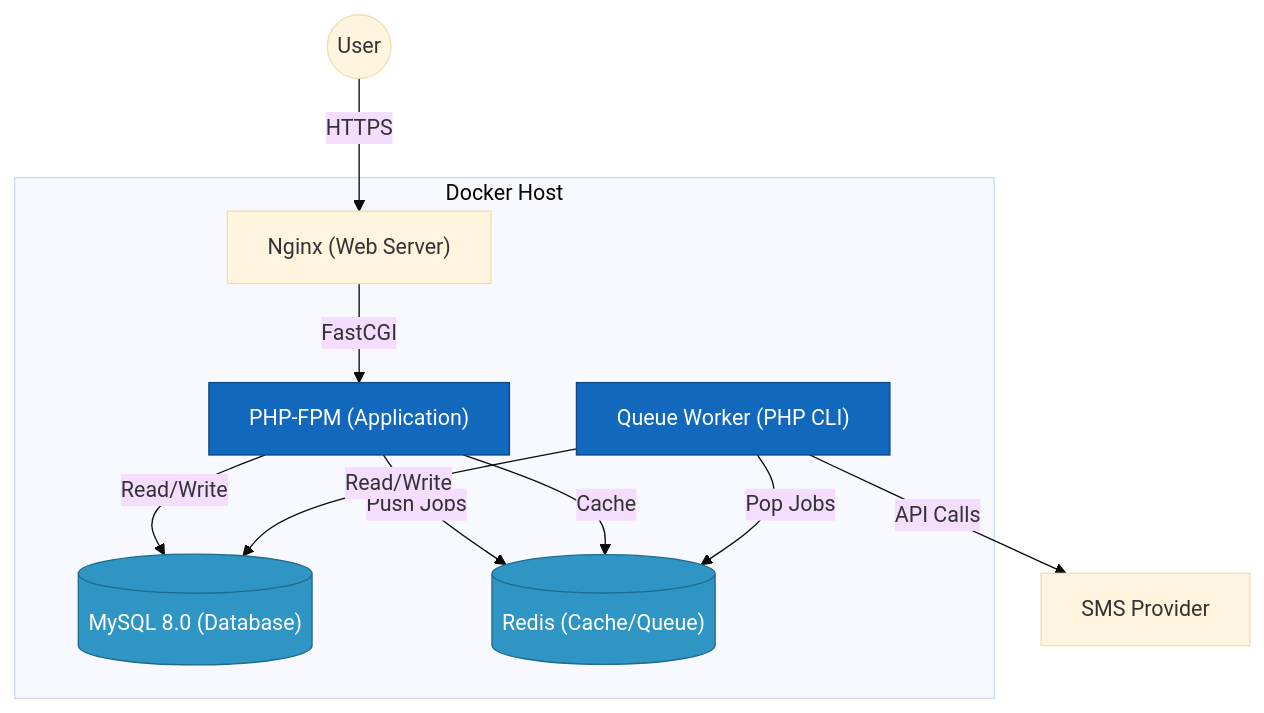
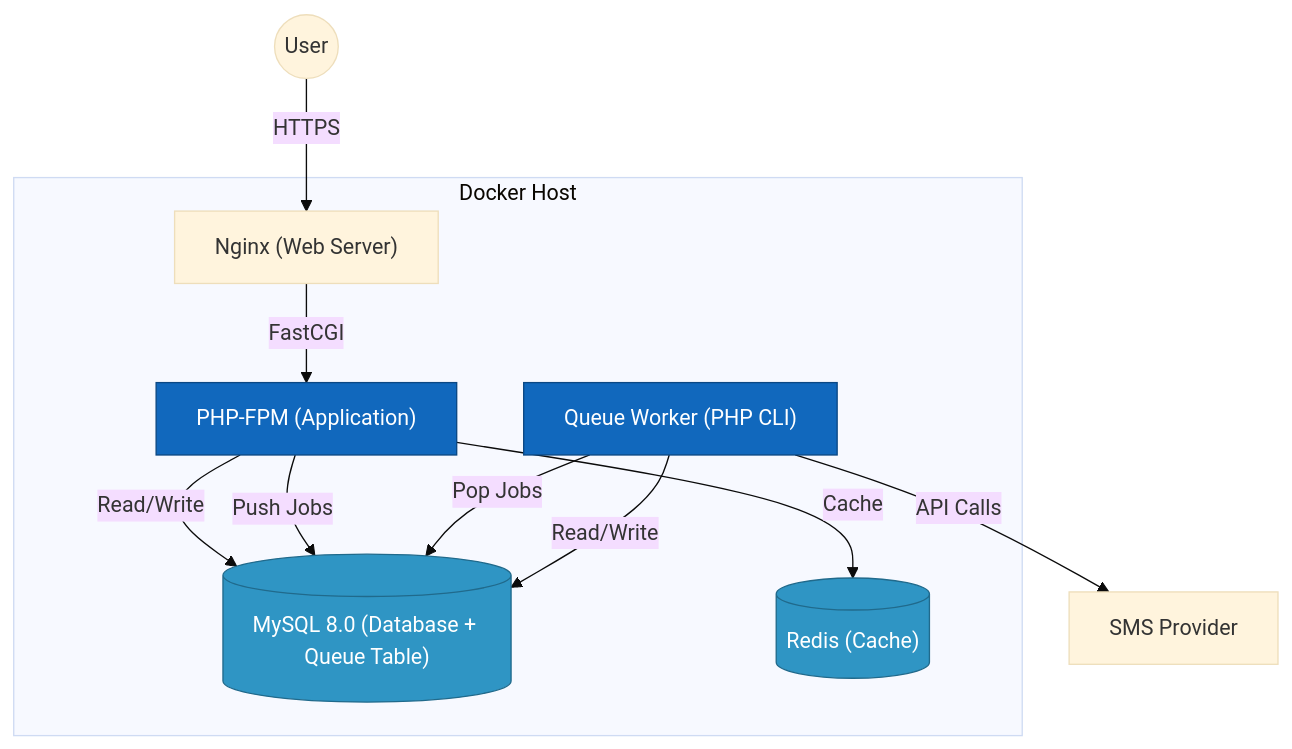
The second of 3 diagrams in docs/ARCHITECTURE.md (WarLikeLaux/yii2-book-catalog), drawn with Mermaid (base theme) before and after one commit. The commit also changed other lines of this file and 2 other files, not shown here.

````diff
--- a/docs/ARCHITECTURE.md
+++ b/docs/ARCHITECTURE.md
@@ -65,30 +65,30 @@
 ```mermaid
 graph TD
     User((User))
     
     subgraph DockerHost ["Docker Host"]
         Nginx["Nginx (Web Server)"]
         PHP["PHP-FPM (Application)"]
         Worker["Queue Worker (PHP CLI)"]
-        DB[("MySQL 8.0 (Database)")]
-        Redis[("Redis (Cache/Queue)")]
+        DB[("MySQL 8.0 (Database + Queue Table)")]
+        Redis[("Redis (Cache)")]
     end
     
     SMS["SMS Provider"]
 
     User -- HTTPS --> Nginx
     Nginx -- FastCGI --> PHP
     
     PHP -- Read/Write --> DB
-    PHP -- Push Jobs --> Redis
+    PHP -- Push Jobs --> DB
     PHP -- Cache --> Redis
     
-    Worker -- Pop Jobs --> Redis
+    Worker -- Pop Jobs --> DB
     Worker -- Read/Write --> DB
     Worker -- API Calls --> SMS
     
     style PHP fill:#1168bd,stroke:#0b4884,color:#ffffff
     style Worker fill:#1168bd,stroke:#0b4884,color:#ffffff
     style DB fill:#2f95c4,stroke:#206a8c,color:#ffffff
     style Redis fill:#2f95c4,stroke:#206a8c,color:#ffffff
 ```
````
